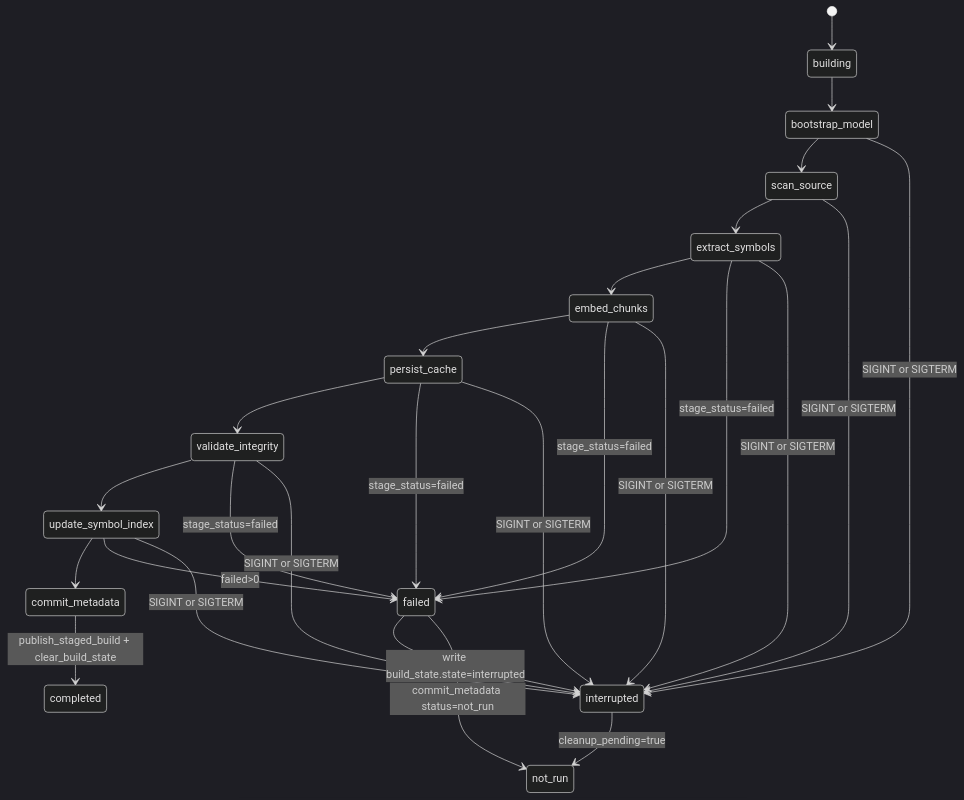
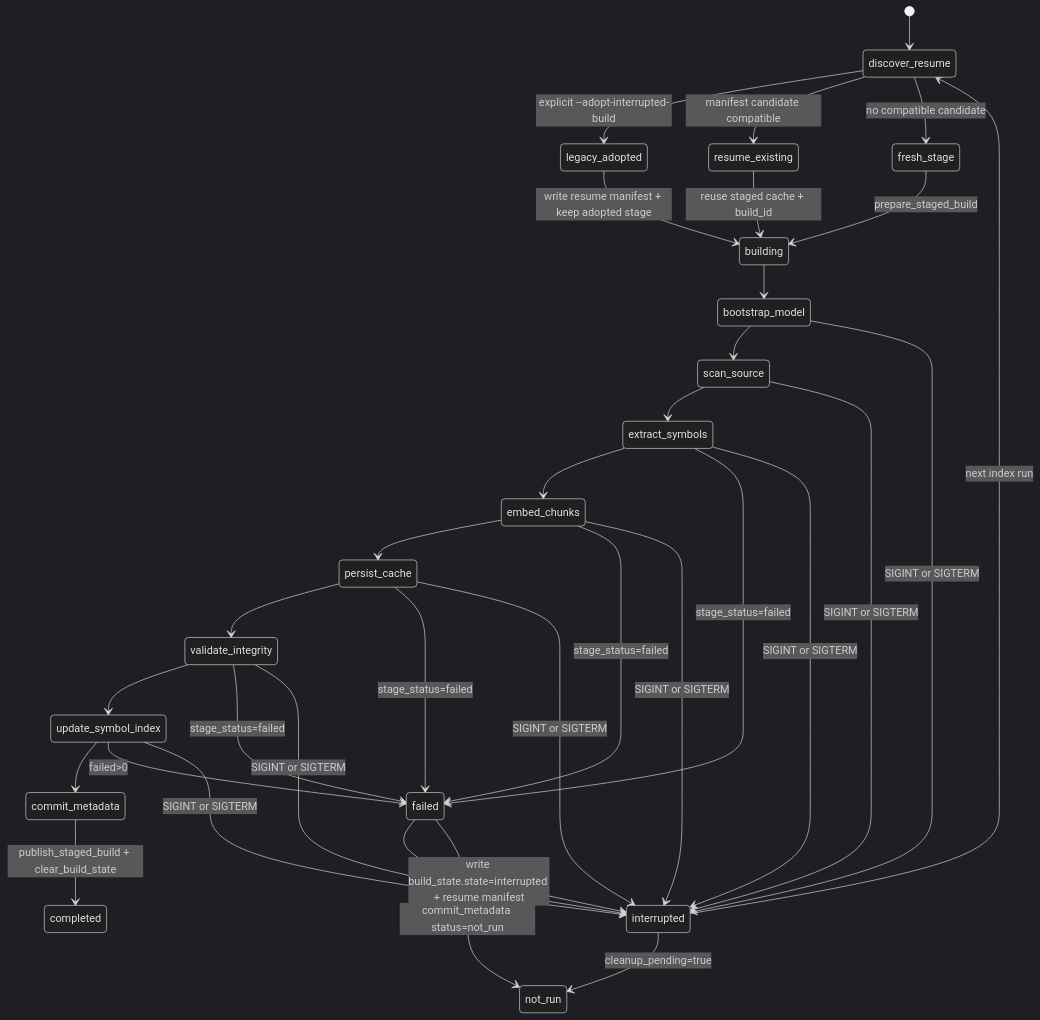
Before and after one commit to asmundur/gloggur: the diagram in docs/state-diagrams/index-command-state.md, drawn with Mermaid (dark theme). The commit also changed other lines of this file and 15 other files, not shown here.

Commit message:
feat(index): resume interrupted builds and reuse cached embedding batches

````diff
--- a/docs/state-diagrams/index-command-state.md
+++ b/docs/state-diagrams/index-command-state.md
@@ -16,46 +20,59 @@
 ```mermaid
 stateDiagram-v2
-    [*] --> building
+    [*] --> discover_resume
 
+    state "discover_resume" as discover_resume
+    state "resume_existing" as resume_existing
+    state "legacy_adopted" as legacy_adopted
+    state "fresh_stage" as fresh_stage
     state "building" as building
     state "bootstrap_model" as bootstrap_model
     state "scan_source" as scan_source
     state "extract_symbols" as extract_symbols
     state "embed_chunks" as embed_chunks
     state "persist_cache" as persist_cache
     state "validate_integrity" as validate_integrity
     state "update_symbol_index" as update_symbol_index
     state "commit_metadata" as commit_metadata
     state "failed" as failed
     state "interrupted" as interrupted
     state "not_run" as not_run
     state "completed" as completed
+
+    discover_resume --> legacy_adopted: explicit --adopt-interrupted-build
+    discover_resume --> resume_existing: manifest candidate compatible
+    discover_resume --> fresh_stage: no compatible candidate
+
+    legacy_adopted --> building: write resume manifest + keep adopted stage
+    resume_existing --> building: reuse staged cache + build_id
+    fresh_stage --> building: prepare_staged_build
 
     building --> bootstrap_model
     bootstrap_model --> scan_source
     scan_source --> extract_symbols
     extract_symbols --> embed_chunks
     embed_chunks --> persist_cache
     persist_cache --> validate_integrity
     validate_integrity --> update_symbol_index
     update_symbol_index --> commit_metadata
     commit_metadata --> completed: publish_staged_build + clear_build_state
 
     extract_symbols --> failed: stage_status=failed
     embed_chunks --> failed: stage_status=failed
     persist_cache --> failed: stage_status=failed
     validate_integrity --> failed: stage_status=failed
     update_symbol_index --> failed: failed>0
 
     bootstrap_model --> interrupted: SIGINT or SIGTERM
     scan_source --> interrupted: SIGINT or SIGTERM
     extract_symbols --> interrupted: SIGINT or SIGTERM
     embed_chunks --> interrupted: SIGINT or SIGTERM
     persist_cache --> interrupted: SIGINT or SIGTERM
     validate_integrity --> interrupted: SIGINT or SIGTERM
     update_symbol_index --> interrupted: SIGINT or SIGTERM
 
-    failed --> interrupted: write build_state.state=interrupted
+    failed --> interrupted: write build_state.state=interrupted + resume manifest
     failed --> not_run: commit_metadata status=not_run
     interrupted --> not_run: cleanup_pending=true
+    interrupted --> discover_resume: next index run
 ```
````
